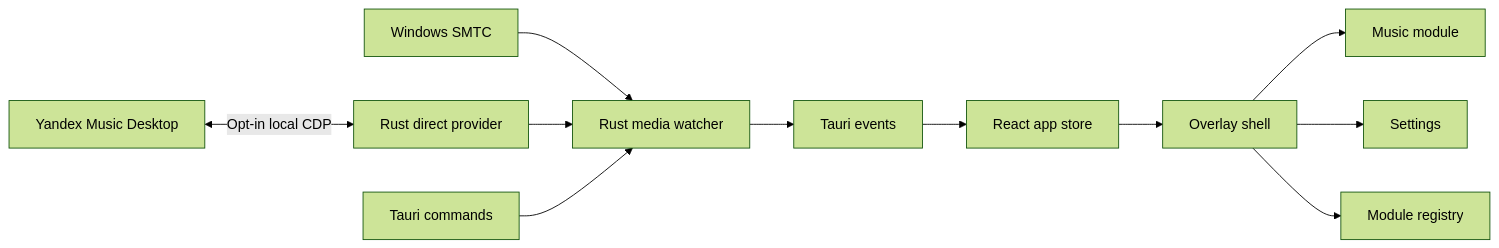
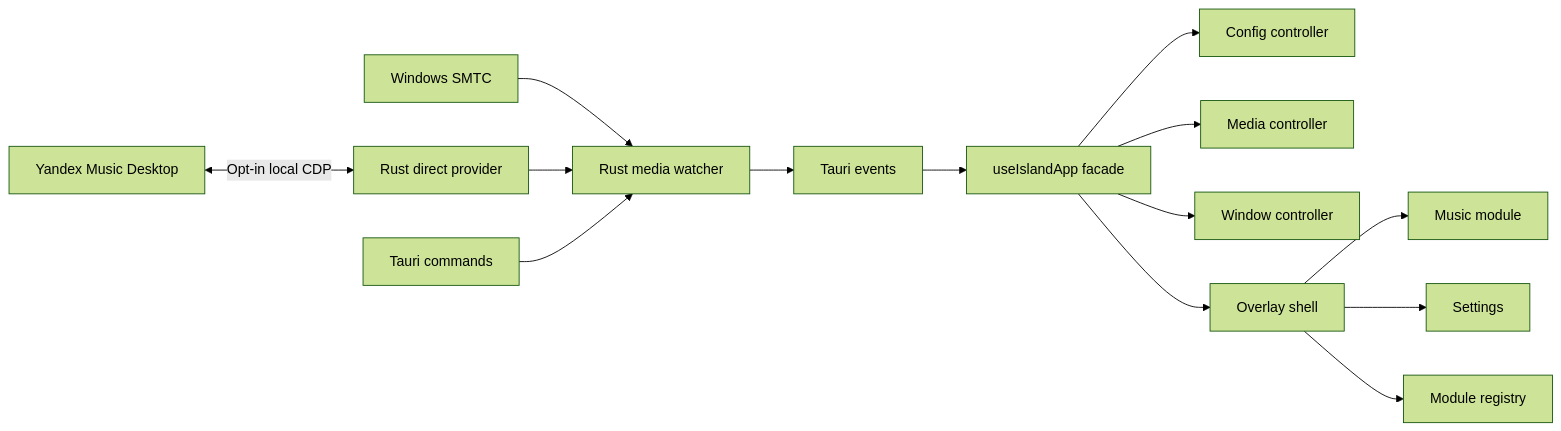
One commit to redheadesign/music-island changed the diagram in docs/ARCHITECTURE.md. Above: the diagram before and after it, drawn with Mermaid (forest theme). The commit also changed other lines of this file and 64 other files, not shown here.

First line of the commit message:
Ship Music Island 0.9.5 with overlay polish and Direct recovery.

````diff
--- a/docs/ARCHITECTURE.md
+++ b/docs/ARCHITECTURE.md
@@ -5,13 +5,16 @@
 ```mermaid
 flowchart LR
   SMTC[Windows SMTC] --> MediaWatcher[Rust media watcher]
   Yandex[Yandex Music Desktop] <-->|Opt-in local CDP| DirectProvider[Rust direct provider]
   DirectProvider --> MediaWatcher
   MediaWatcher --> Events[Tauri events]
   Commands[Tauri commands] --> MediaWatcher
-  Events --> AppStore[React app store]
-  AppStore --> Overlay[Overlay shell]
+  Events --> AppFacade[useIslandApp facade]
+  AppFacade --> ConfigController[Config controller]
+  AppFacade --> MediaController[Media controller]
+  AppFacade --> WindowController[Window controller]
+  AppFacade --> Overlay[Overlay shell]
   Overlay --> Music[Music module]
   Overlay --> Settings[Settings]
   Overlay --> Registry[Module registry]
 ```
````
